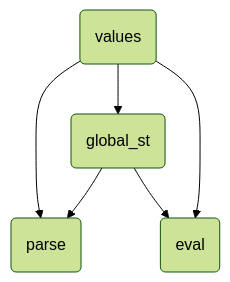
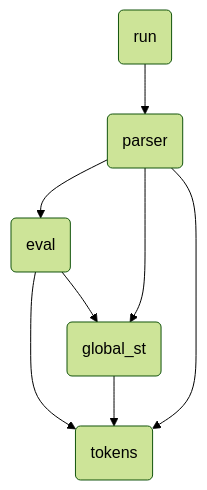
The diagram in README.md (DanEscher98/rs_lisp), drawn with Mermaid (forest theme) before and after one commit.

Commit message:
modified:   README.md

````diff
--- a/README.md
+++ b/README.md
@@ -5,8 +5,10 @@
 ```mermaid
 flowchart TB
-    v("values") --> g("global_st")
-    v --> p("parse")
-    g --> p
-    g --> e("eval")
-    v --> e
+    R("run") --> P("parser")
+    P --> E("eval")
+    P --> G("global_st")
+    P --> V("tokens")
+    E --> V
+    E --> G
+    G --> V
 ```
````
